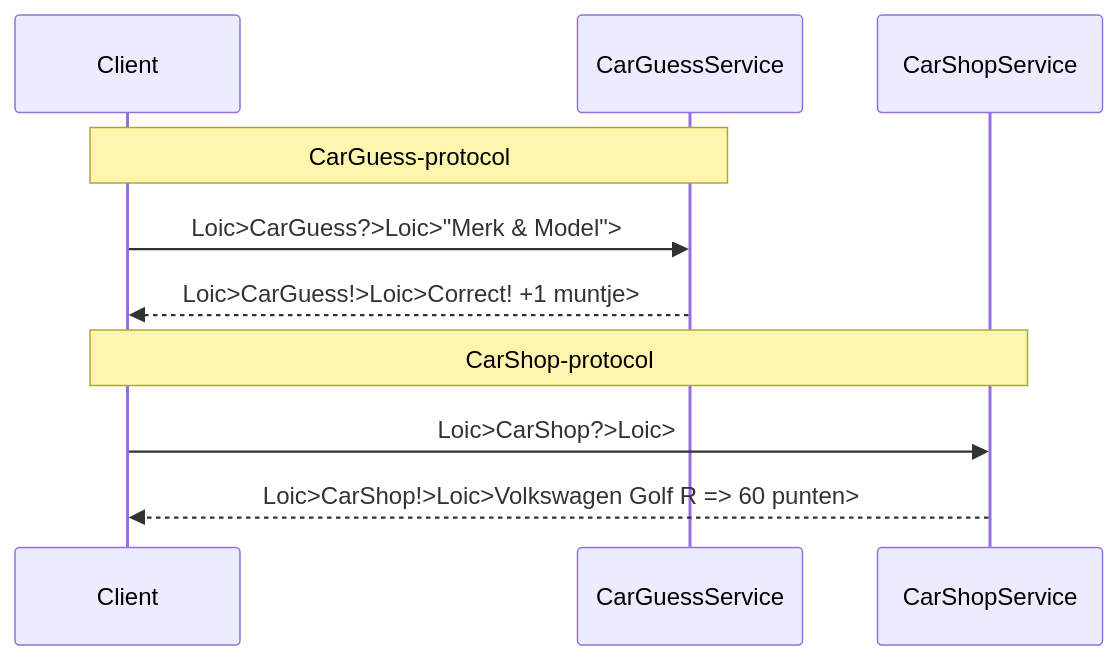
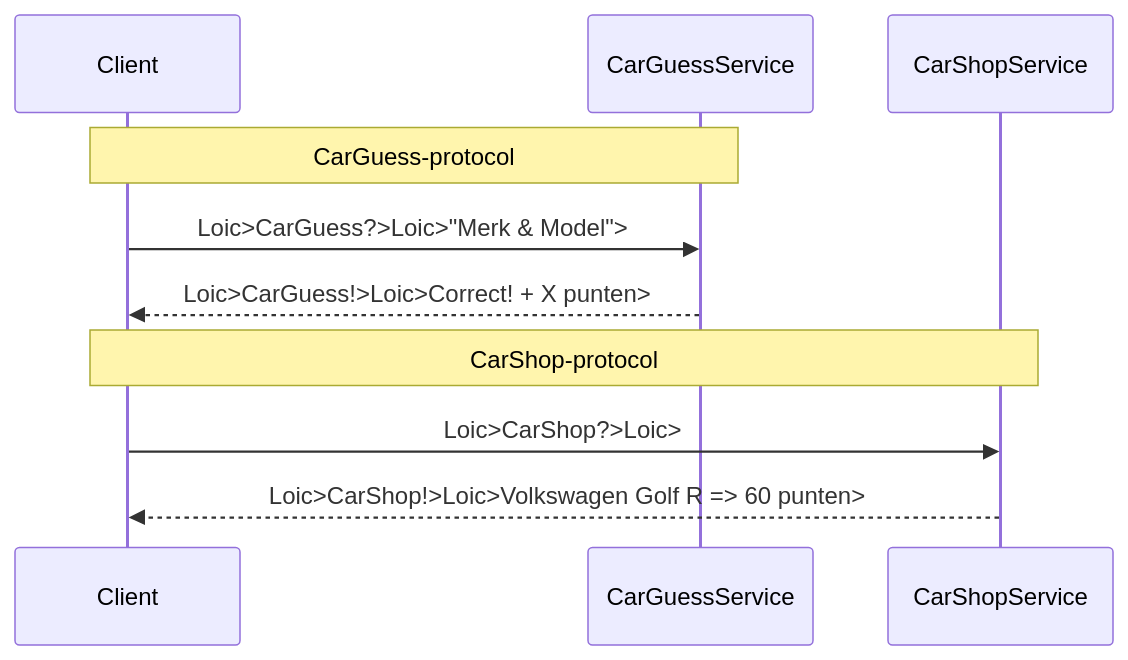
One commit to LoicSchillings/NetworkProgramming changed the third of 3 diagrams in README.md. Above: the diagram before and after it, drawn with Mermaid. The commit also changed other lines of this file, not shown here.

````diff
--- a/README.md
+++ b/README.md
@@ -57,14 +57,14 @@
 ```mermaid
 sequenceDiagram
     participant Client
     participant CarGuessService
     participant CarShopService
 
     Note over Client,CarGuessService: CarGuess-protocol
     Client->>CarGuessService: Loic>CarGuess?>Loic>"Merk & Model">
-    CarGuessService-->>Client: Loic>CarGuess!>Loic>Correct! +1 muntje>
+    CarGuessService-->>Client: Loic>CarGuess!>Loic>Correct! + X punten>
 
     Note over Client,CarShopService: CarShop-protocol
     Client->>CarShopService: Loic>CarShop?>Loic>
     CarShopService-->>Client: Loic>CarShop!>Loic>Volkswagen Golf R => 60 punten>
 ```
````
